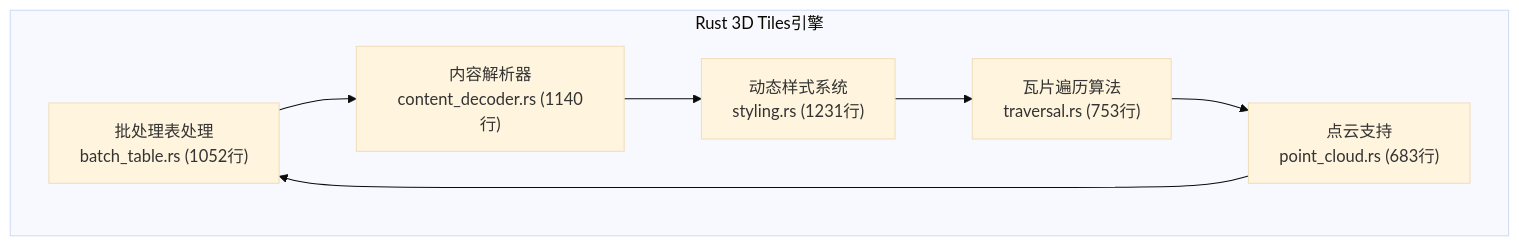
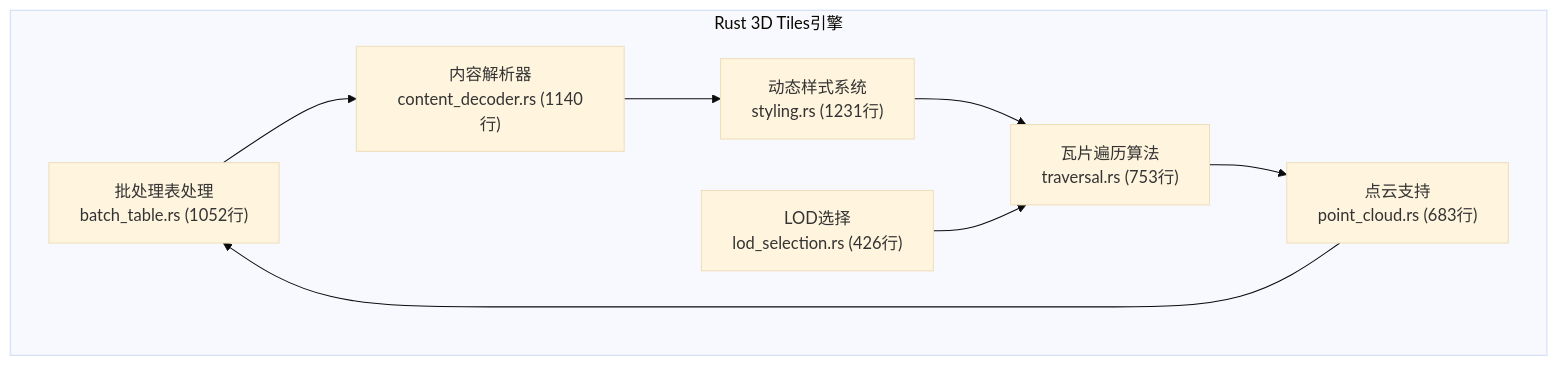
One commit to rzhangjing/cesium changed the eighth of 11 diagrams in .qoder/repowiki/zh/content/项目概述/核心特性/3D数据格式支持/3D Tiles标准支持/瓦片集管理.md. Above: the diagram before and after it, drawn with Mermaid (base theme). The commit also changed other lines of this file and 407 other files, not shown here.

````diff
--- a/.qoder/repowiki/zh/content/项目概述/核心特性/3D数据格式支持/3D Tiles标准支持/瓦片集管理.md
+++ b/.qoder/repowiki/zh/content/项目概述/核心特性/3D数据格式支持/3D Tiles标准支持/瓦片集管理.md
@@ -326,15 +346,17 @@
 ```mermaid
 graph TB
 subgraph "Rust 3D Tiles引擎"
 BT["批处理表处理<br/>batch_table.rs (1052行)"]
 CD["内容解析器<br/>content_decoder.rs (1140行)"]
 ST["动态样式系统<br/>styling.rs (1231行)"]
 TR["瓦片遍历算法<br/>traversal.rs (753行)"]
 PC["点云支持<br/>point_cloud.rs (683行)"]
+LS["LOD选择<br/>lod_selection.rs (426行)"]
 end
 BT --> CD
 CD --> ST
 ST --> TR
 TR --> PC
 PC --> BT
+LS --> TR
 ```
````
